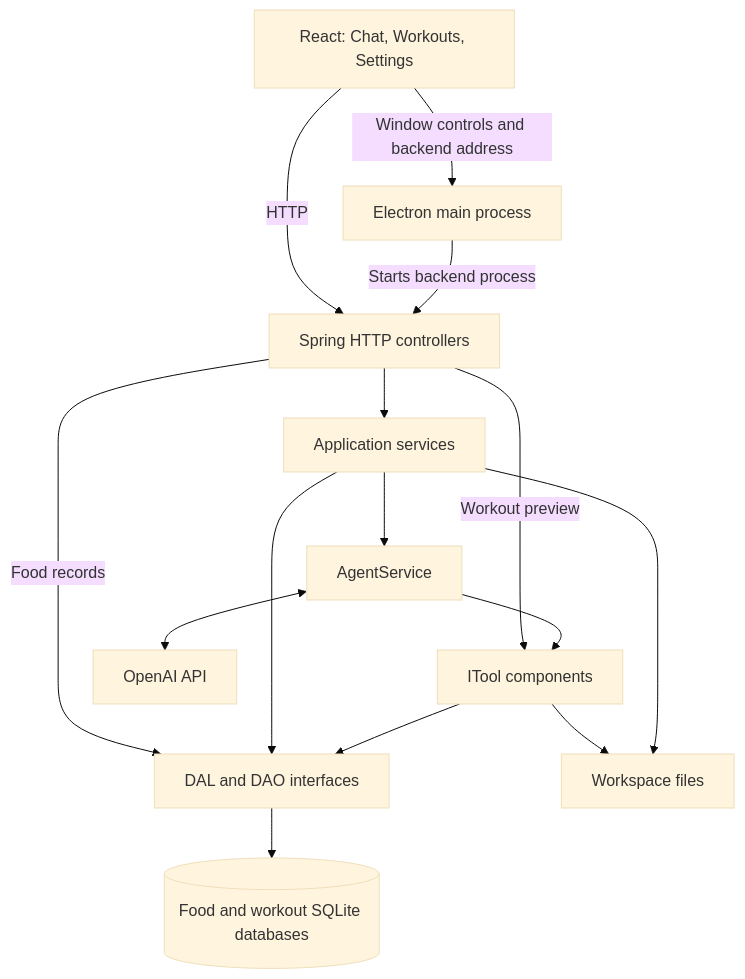
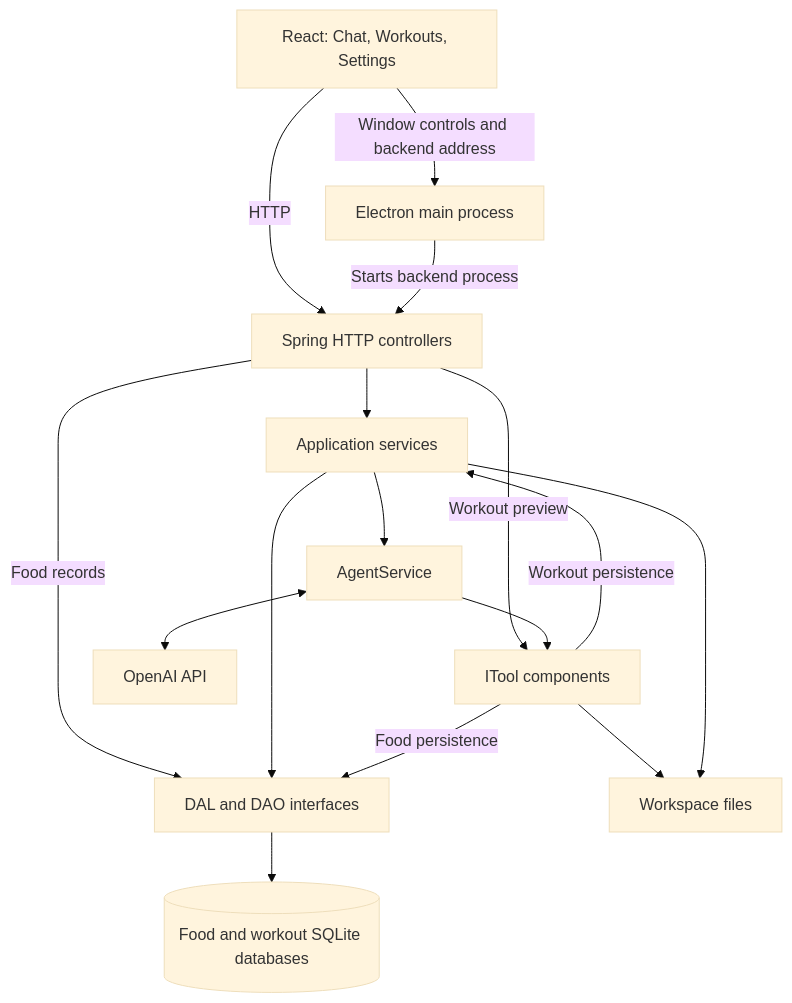
One commit to phanmi/tyler_agent changed the diagram in docs/DEVELOPMENT.md. Above: the diagram before and after it, drawn with Mermaid (base theme). The commit also changed other lines of this file and 7 other files, not shown here.

````diff
--- a/docs/DEVELOPMENT.md
+++ b/docs/DEVELOPMENT.md
@@ -88,28 +88,29 @@
 ```mermaid
 flowchart TB
     UI["React: Chat, Workouts, Settings"]
     Desktop["Electron main process"]
     Controllers["Spring HTTP controllers"]
     Services["Application services"]
     Agent["AgentService"]
     Tools["ITool components"]
     Data["DAL and DAO interfaces"]
     SQLite[("Food and workout SQLite databases")]
     Files["Workspace files"]
     OpenAI["OpenAI API"]
 
     UI -->|HTTP| Controllers
     UI -->|Window controls and backend address| Desktop
     Desktop -->|Starts backend process| Controllers
     Controllers --> Services
     Controllers -->|Food records| Data
     Controllers -->|Workout preview| Tools
     Services --> Agent
     Agent <--> OpenAI
     Agent --> Tools
     Services --> Data
-    Tools --> Data
+    Tools -->|Food persistence| Data
+    Tools -->|Workout persistence| Services
     Data --> SQLite
     Tools --> Files
     Services --> Files
 ```
````
